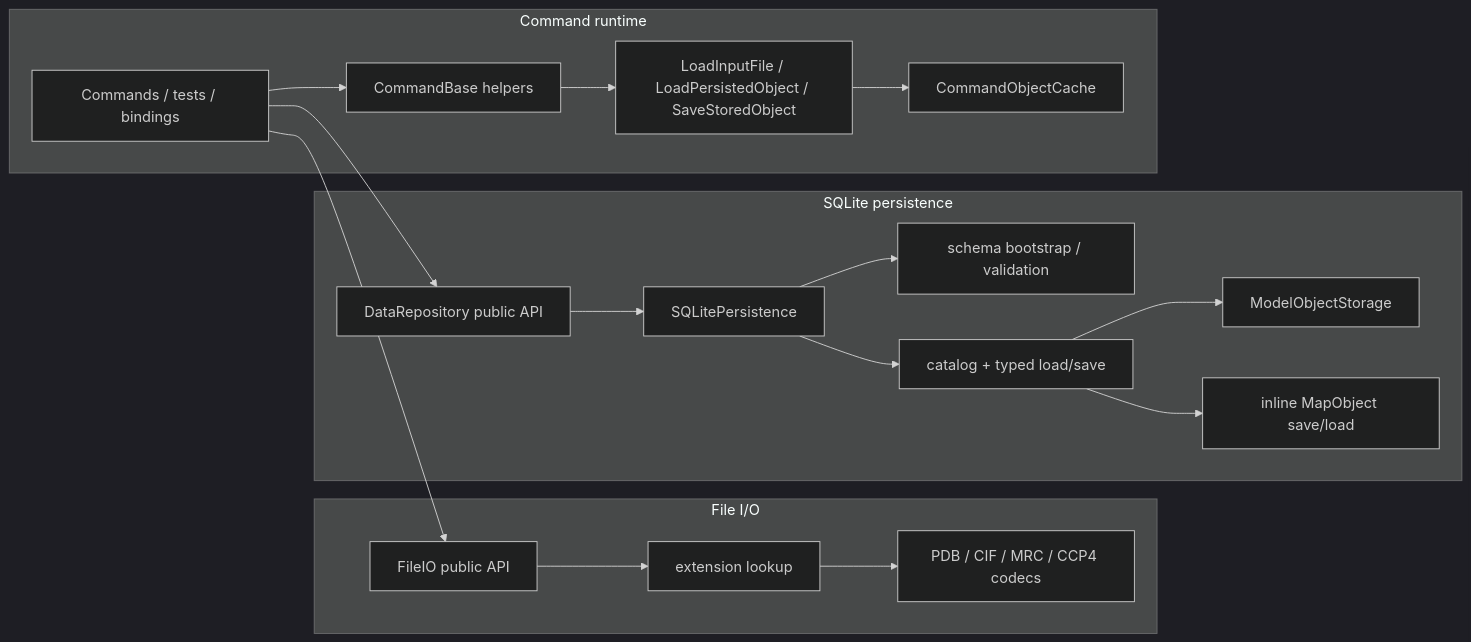
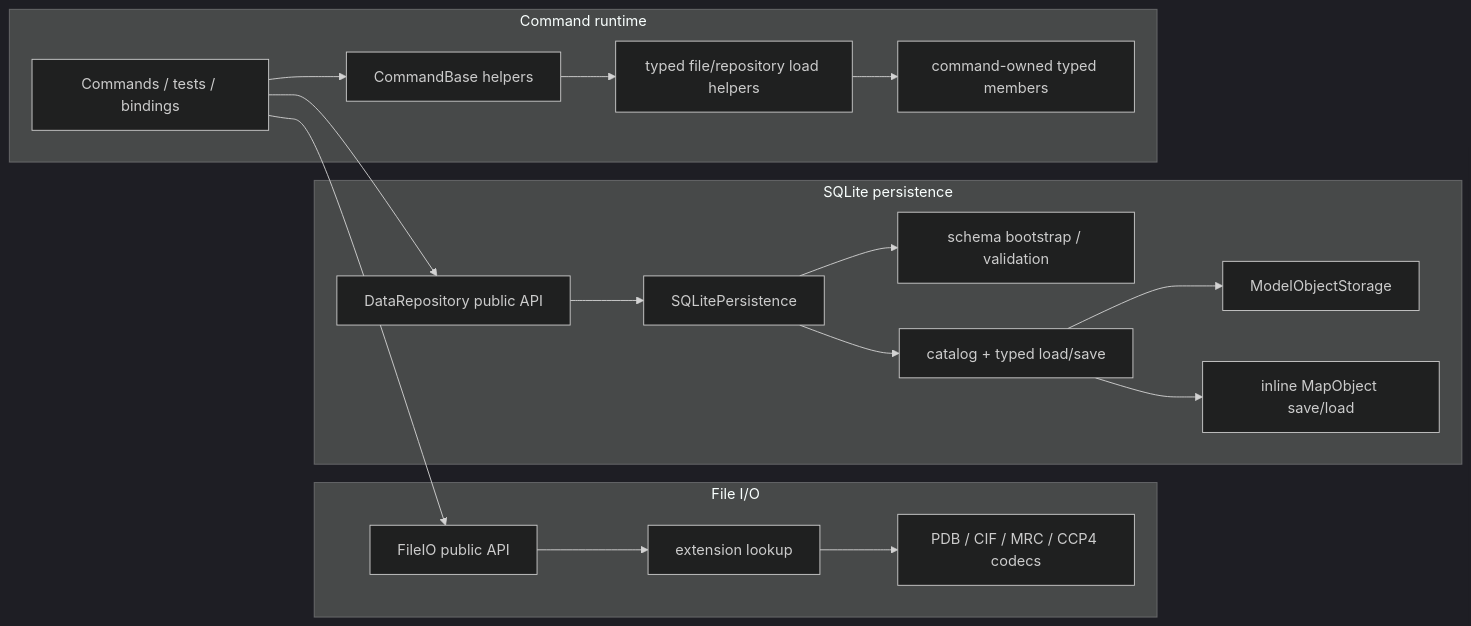
Before and after one commit to yslianTim/rhbm_gem: the diagram in docs/developer/architecture/dataobject-io-architecture.md, drawn with Mermaid (dark theme). The commit also changed other lines of this file and 18 other files, not shown here.

````diff
--- a/docs/developer/architecture/dataobject-io-architecture.md
+++ b/docs/developer/architecture/dataobject-io-architecture.md
@@ -58,24 +58,24 @@
 ```mermaid
 flowchart LR
     A["Commands / tests / bindings"] --> B["FileIO public API"]
     A --> C["DataRepository public API"]
 
     subgraph F["File I/O"]
       B --> E["extension lookup"]
       E --> F1["PDB / CIF / MRC / CCP4 codecs"]
     end
 
     subgraph P["SQLite persistence"]
       C --> G["SQLitePersistence"]
       G --> H["schema bootstrap / validation"]
       G --> I["catalog + typed load/save"]
       I --> J["ModelObjectStorage"]
       I --> K["inline MapObject save/load"]
     end
 
     subgraph R["Command runtime"]
       A --> M["CommandBase helpers"]
-      M --> N["LoadInputFile<T> / LoadPersistedObject<T> / SaveStoredObject"]
-      N --> O["CommandObjectCache"]
+      M --> N["typed file/repository load helpers"]
+      N --> O["command-owned typed members"]
     end
 ```
````
